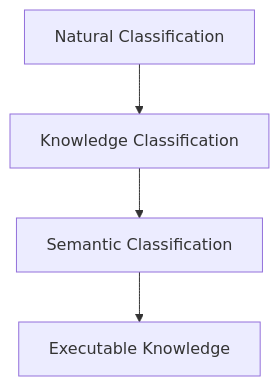
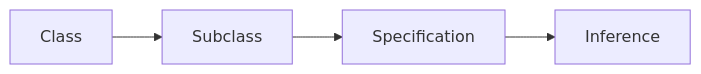
The second of 2 diagrams in ebook/markdown/ch16.md (yasenstar/protege_pizza), drawn with Mermaid before and after one commit. The commit also changed other lines of this file and 21 other files, not shown here.

````diff
--- a/ebook/markdown/ch16.md
+++ b/ebook/markdown/ch16.md
@@ -1478,7 +1782,4 @@
 ```mermaid
-flowchart TD
-A[Natural Classification]
--->B[Knowledge Classification]
--->C[Semantic Classification]
--->D[Executable Knowledge]
+flowchart LR
+A[Class] --> B[Subclass] --> C[Specification] --> D[Inference]
 ```
````
